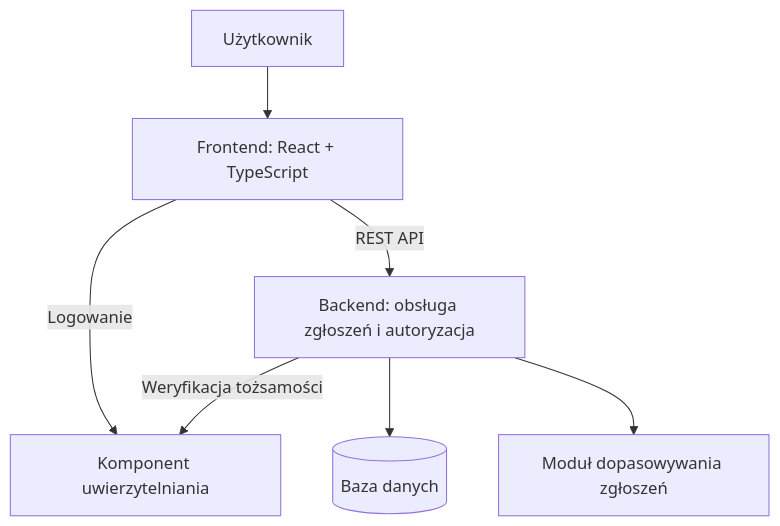
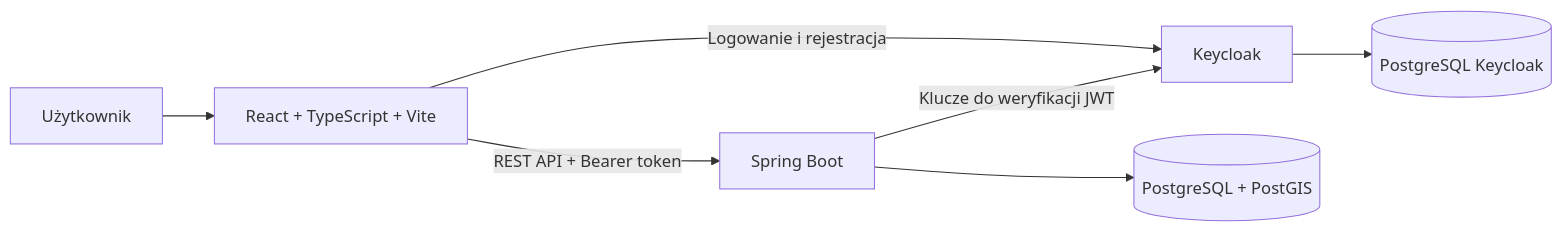
The diagram in README.md (SzymonProfic/Projekt-zespolowy-aplikacji-internetowej), drawn with Mermaid before and after one commit. The commit also changed other lines of this file and 2 other files, not shown here.

````diff
--- a/README.md
+++ b/README.md
@@ -84,9 +36,9 @@
 ```mermaid
-flowchart TD
-    User[Użytkownik] --> Frontend[Frontend: React + TypeScript]
-    Frontend -->|REST API| Backend[Backend: obsługa zgłoszeń i autoryzacja]
-    Frontend -->|Logowanie| Auth[Komponent uwierzytelniania]
-    Backend -->|Weryfikacja tożsamości| Auth
-    Backend --> Database[(Baza danych)]
-    Backend --> Matching[Moduł dopasowywania zgłoszeń]
+flowchart LR
+    User[Użytkownik] --> Frontend[React + TypeScript + Vite]
+    Frontend -->|REST API + Bearer token| Backend[Spring Boot]
+    Frontend -->|Logowanie i rejestracja| Auth[Keycloak]
+    Backend -->|Klucze do weryfikacji JWT| Auth
+    Backend --> Database[(PostgreSQL + PostGIS)]
+    Auth --> AuthDatabase[(PostgreSQL Keycloak)]
 ```
````
